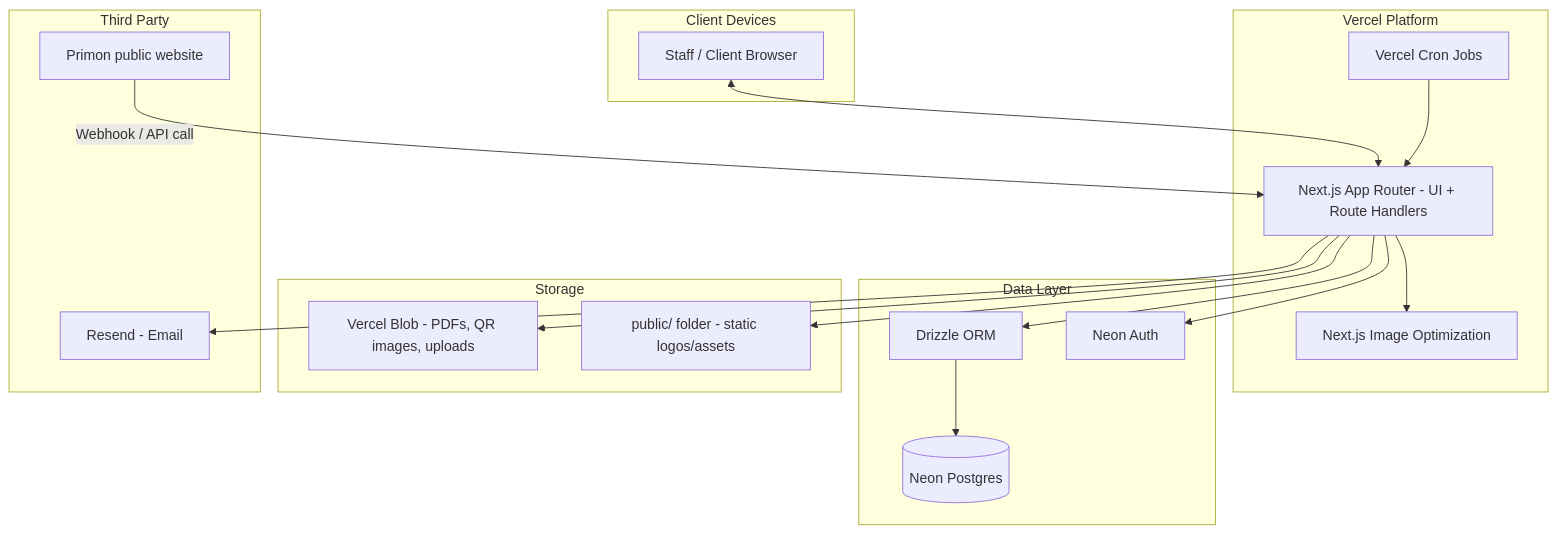
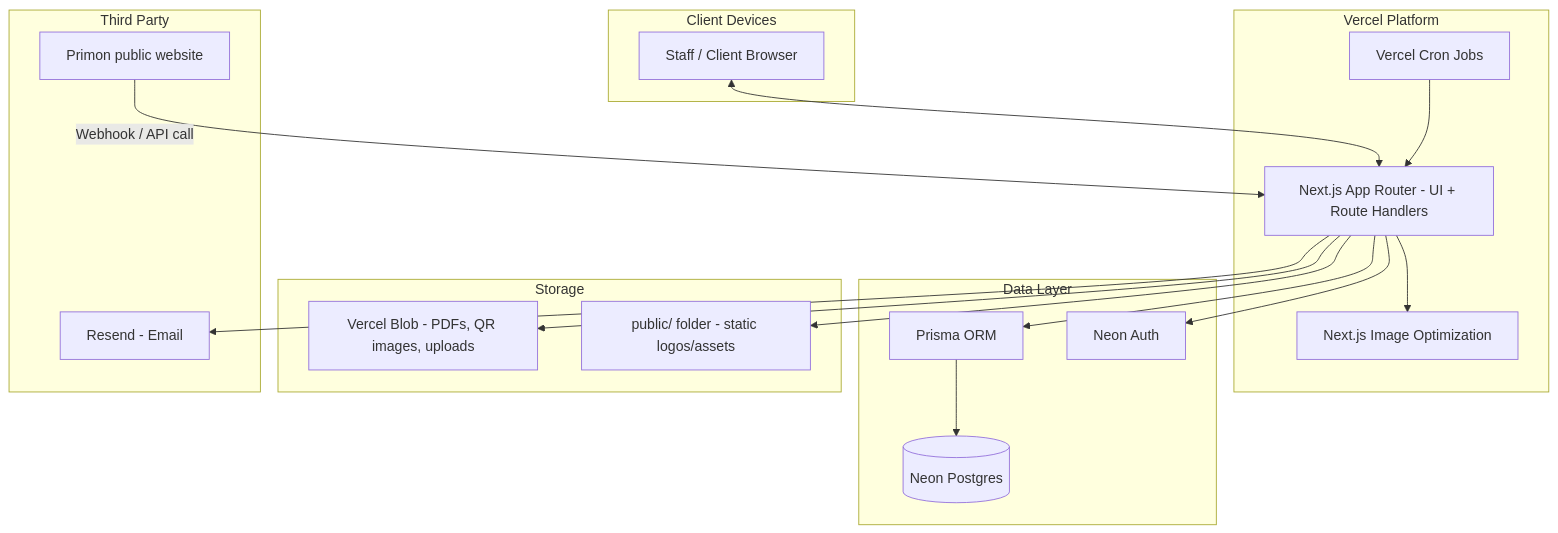
Before and after one commit to 6a6aQth/Primon-FMS: the fourth of 5 diagrams in Docs/Primon_FMS_System_Design_Document.md, drawn with Mermaid. The commit also changed other lines of this file and 9 other files, not shown here.

````diff
--- a/Docs/Primon_FMS_System_Design_Document.md
+++ b/Docs/Primon_FMS_System_Design_Document.md
@@ -173,38 +173,38 @@
 ```mermaid
 flowchart TB
     subgraph Client Devices
         Browser[Staff / Client Browser]
     end
 
     subgraph Vercel Platform
         NextApp[Next.js App Router - UI + Route Handlers]
         Cron[Vercel Cron Jobs]
         ImgOpt[Next.js Image Optimization]
     end
 
     subgraph Data Layer
         Neon[(Neon Postgres)]
-        Drizzle[Drizzle ORM]
+        Prisma[Prisma ORM]
         NeonAuth[Neon Auth]
     end
 
     subgraph Storage
         Blob[Vercel Blob - PDFs, QR images, uploads]
         Public[public/ folder - static logos/assets]
     end
 
     subgraph Third Party
         Resend[Resend - Email]
         Website[Primon public website]
     end
 
     Browser <--> NextApp
-    NextApp --> Drizzle --> Neon
+    NextApp --> Prisma --> Neon
     NextApp --> NeonAuth
     NextApp --> Blob
     NextApp --> Public
     NextApp --> ImgOpt
     NextApp --> Resend
     Website -->|Webhook / API call| NextApp
     Cron --> NextApp
 ```
````
